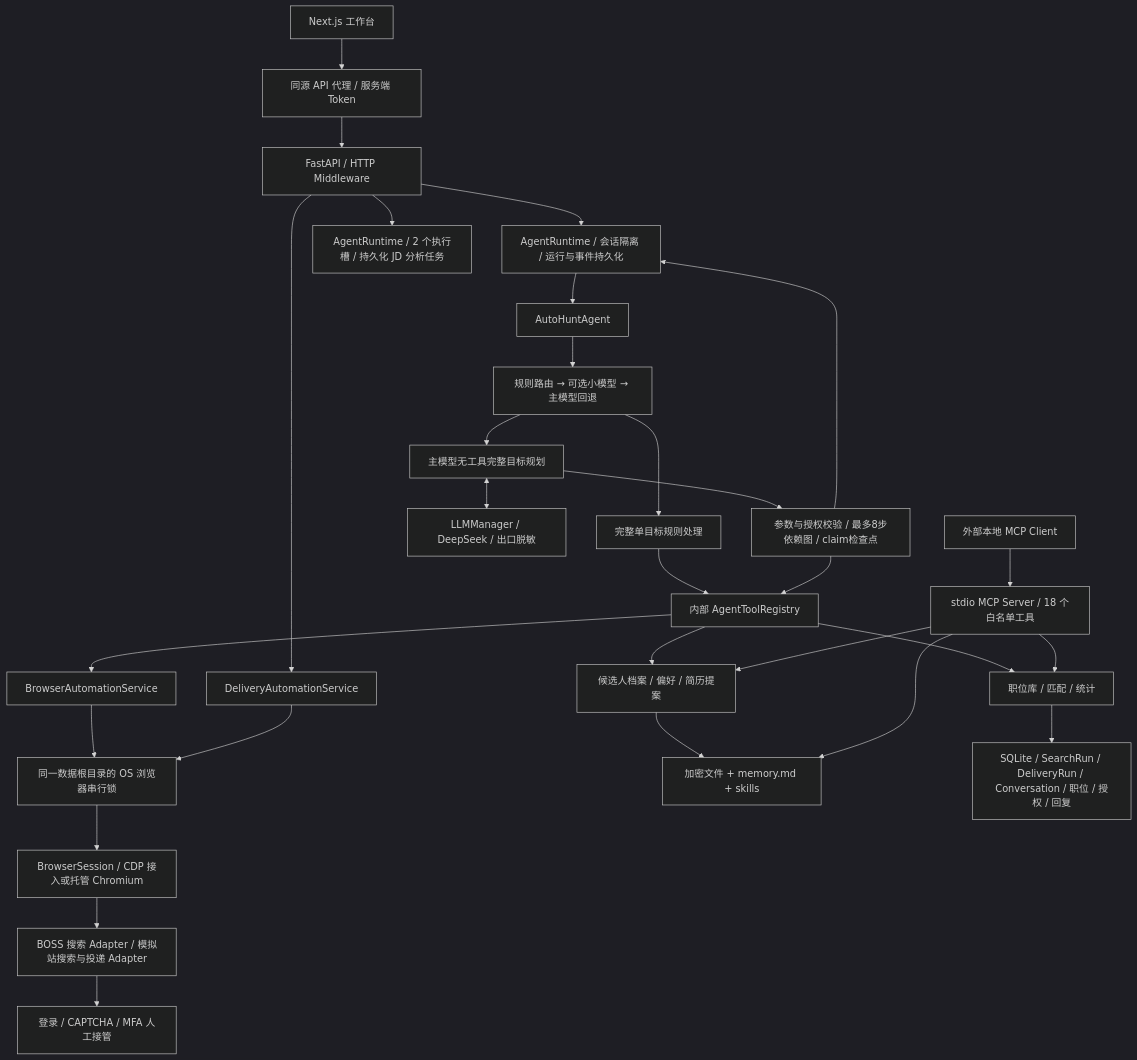
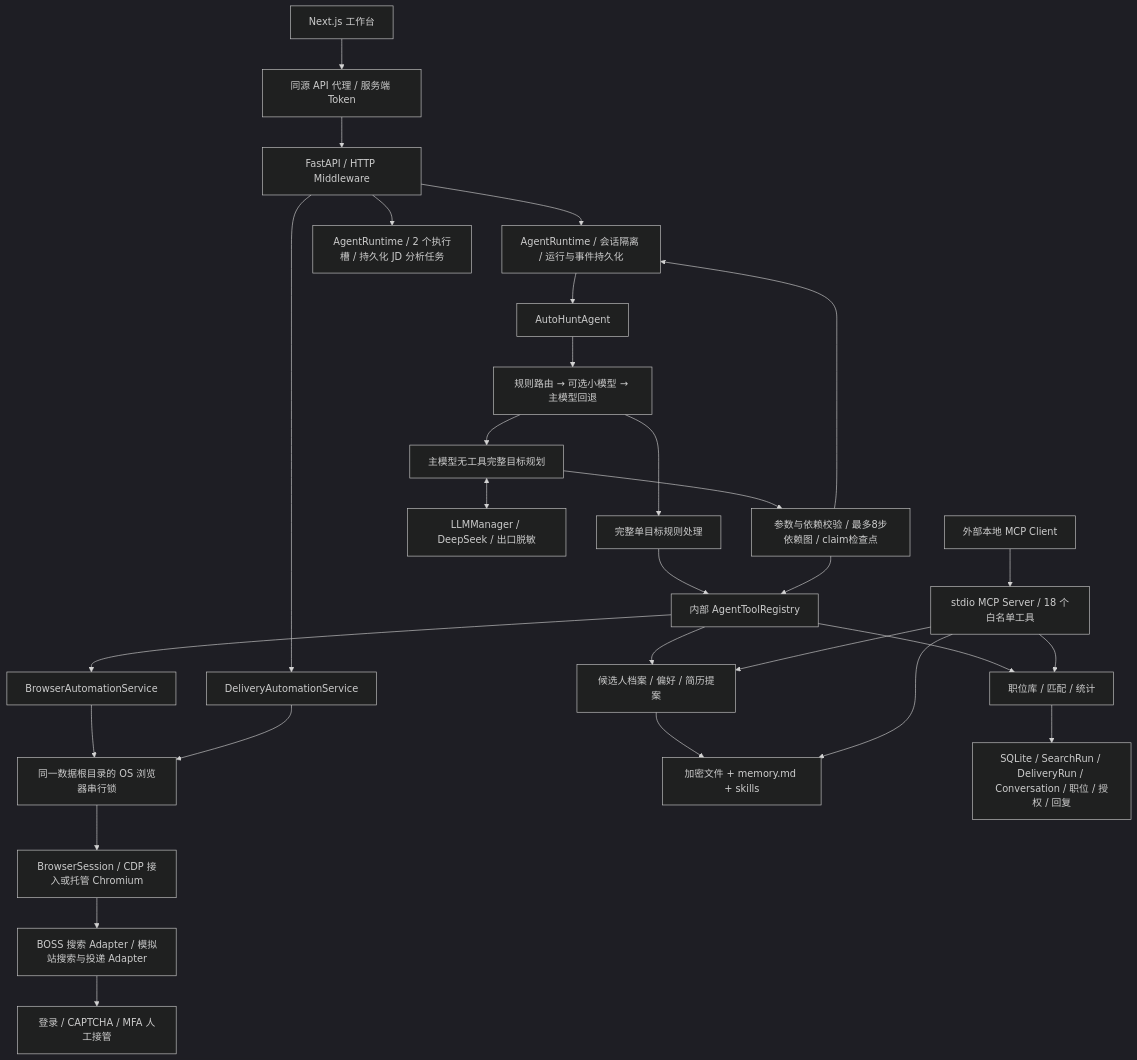
The first of 2 diagrams in autohunt/docs/architecture.md (7r1nity/AutoHunt), drawn with Mermaid (dark theme) before and after one commit. The commit also changed other lines of this file and 13 other files, not shown here.

````diff
--- a/autohunt/docs/architecture.md
+++ b/autohunt/docs/architecture.md
@@ -9,31 +9,31 @@
 ```mermaid
 flowchart TB
   UI[Next.js 工作台] --> Proxy[同源 API 代理 / 服务端 Token]
   Proxy --> HTTP[FastAPI / HTTP Middleware]
   HTTP --> Runtime[AgentRuntime / 会话隔离 / 运行与事件持久化]
   Runtime --> Main[AutoHuntAgent]
   Main --> Router[规则路由 → 可选小模型 → 主模型回退]
   Router --> Fast[完整单目标规则处理]
   Router --> Planner[主模型无工具完整目标规划]
   Planner <--> LLM[LLMManager / DeepSeek / 出口脱敏]
-  Planner --> Runner[参数与授权校验 / 最多8步依赖图 / claim检查点]
+  Planner --> Runner[参数与依赖校验 / 最多8步依赖图 / claim检查点]
   Fast --> Registry[内部 AgentToolRegistry]
   Runner --> Registry
   Runner --> Runtime
   Registry --> State[候选人档案 / 偏好 / 简历提案]
   Registry --> Jobs[职位库 / 匹配 / 统计]
   Registry --> Search[BrowserAutomationService]
   HTTP --> Delivery[DeliveryAutomationService]
   Search --> Lock[同一数据根目录的 OS 浏览器串行锁]
   Delivery --> Lock
   Lock --> Session[BrowserSession / CDP 接入或托管 Chromium]
   Session --> Adapters[BOSS 搜索 Adapter / 模拟站搜索与投递 Adapter]
   Adapters --> Human[登录 / CAPTCHA / MFA 人工接管]
   State --> Files[加密文件 + memory.md + skills]
   Jobs --> SQLite[SQLite / SearchRun / DeliveryRun / Conversation / 职位 / 授权 / 回复]
   Client[外部本地 MCP Client] --> MCP[stdio MCP Server / 18 个白名单工具]
   MCP --> State
   MCP --> Jobs
   MCP --> Files
   HTTP --> Broker[AgentRuntime / 2 个执行槽 / 持久化 JD 分析任务]
 ```
````
